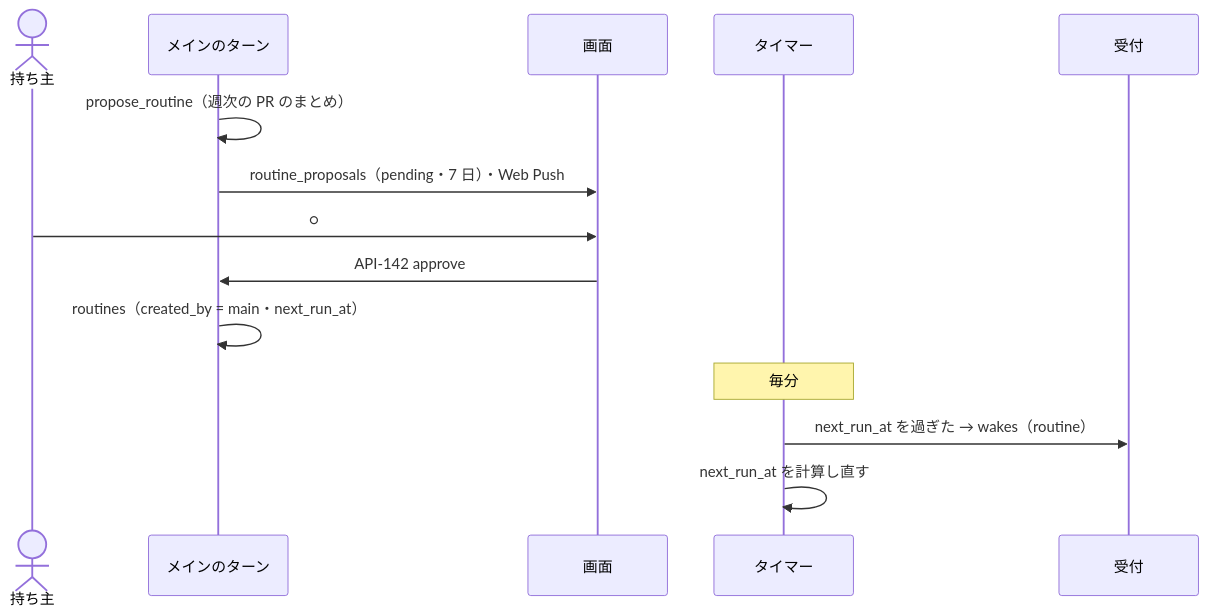
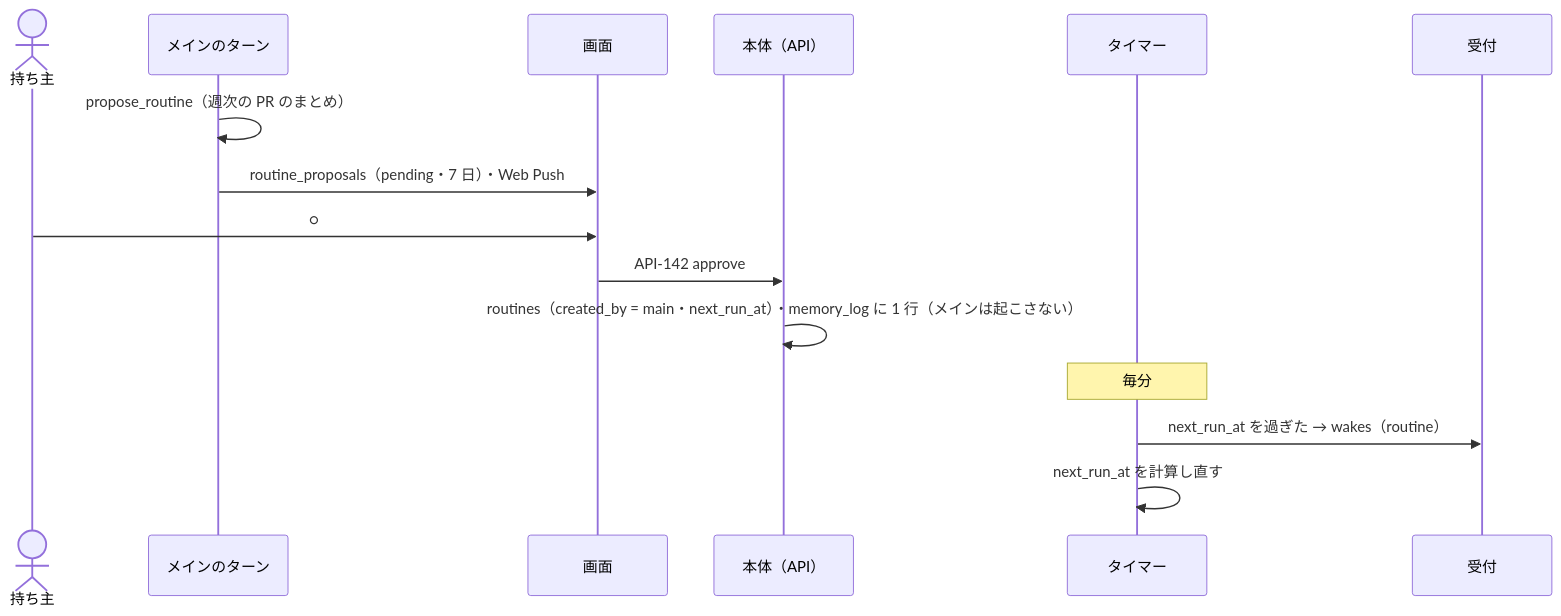
The fourth of 13 diagrams in docs/design/10_diagrams/sequences.md (itiwoja/agent-team), drawn with Mermaid before and after one commit. The commit also changed other lines of this file and 32 other files, not shown here.

````diff
--- a/docs/design/10_diagrams/sequences.md
+++ b/docs/design/10_diagrams/sequences.md
@@ -79,16 +79,17 @@
 ```mermaid
 sequenceDiagram
  actor O as 持ち主
  participant T as メインのターン
  participant W as 画面
+ participant API as 本体（API）
  participant TM as タイマー
  participant IN as 受付
  T->>T: propose_routine（週次の PR のまとめ）
  T->>W: routine_proposals（pending・7 日）・Web Push
  O->>W: ○
- W->>T: API-142 approve
- T->>T: routines（created_by = main・next_run_at）
+ W->>API: API-142 approve
+ API->>API: routines（created_by = main・next_run_at）・memory_log に 1 行（メインは起こさない）
  Note over TM: 毎分
  TM->>IN: next_run_at を過ぎた → wakes（routine）
  TM->>TM: next_run_at を計算し直す
 ```
````
